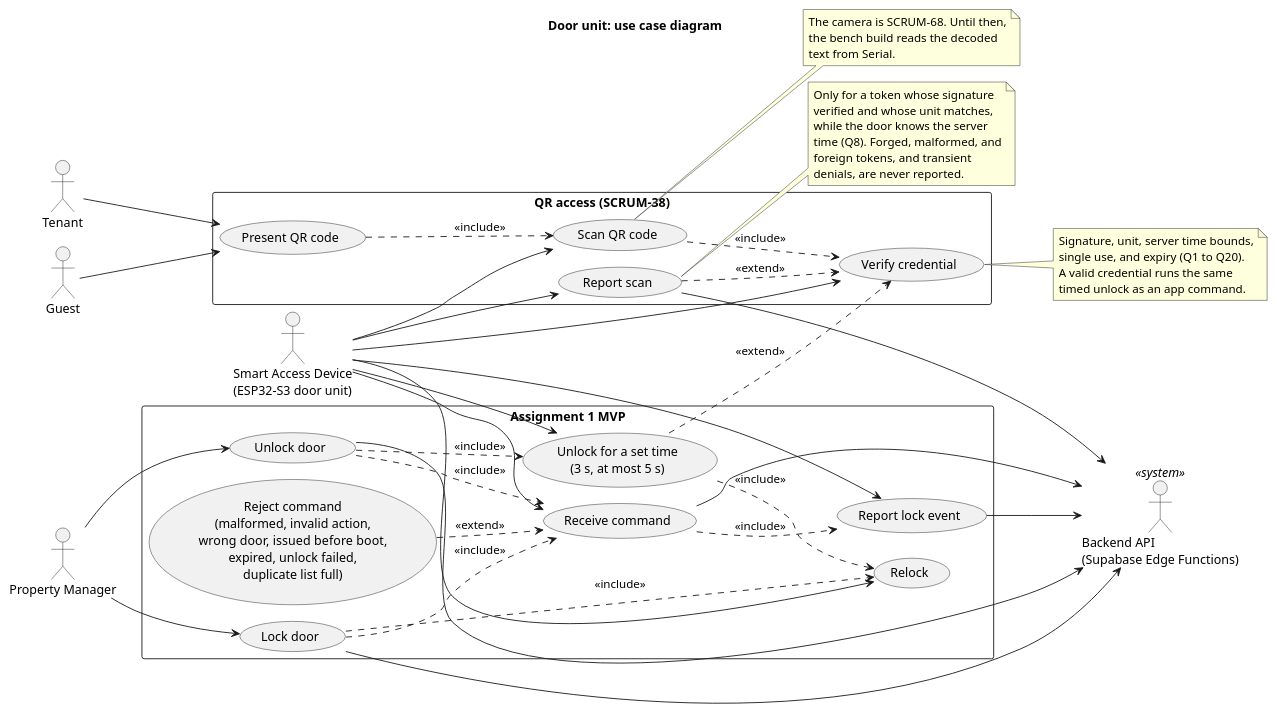
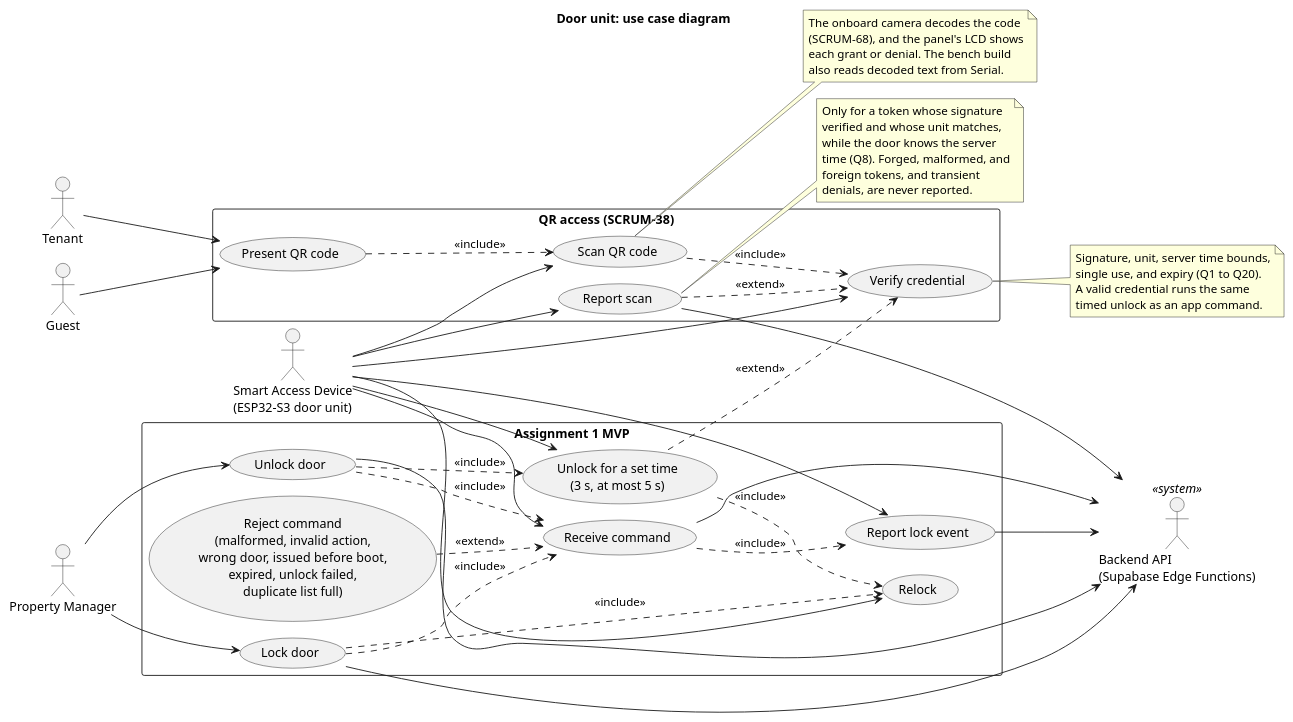
Before and after one commit to ostium-org/ostium: the diagram in docs/firmware/diagrams/use-case-diagram.puml, drawn with PlantUML. The commit also changed 23 other files, not shown here.

First line of the commit message:
SCRUM-68: Feed camera decodes to the signed QR check

```diff
--- a/docs/firmware/diagrams/use-case-diagram.puml
+++ b/docs/firmware/diagrams/use-case-diagram.puml
@@ -1,90 +1,91 @@
 @startuml firmware-use-case-diagram
 !pragma layout smetana
 ' Door unit use cases (SCRUM-55). The MVP boundary is what Assignment 1
 ' demonstrates; the QR access boundary is what SCRUM-38 added.
 ' To render: java -jar plantuml.jar -tsvg docs/firmware/diagrams/use-case-diagram.puml
 ' Run it again with -tpng for the report image. PlantUML uses only the last -t flag.
 
 title Door unit: use case diagram
 
 left to right direction
 skinparam packageStyle rectangle
 skinparam shadowing false
 
 actor "Property Manager" as Manager
 actor "Tenant" as Tenant
 actor "Guest" as Guest
 actor "Smart Access Device\n(ESP32-S3 door unit)" as Device
 actor "Backend API\n(Supabase Edge Functions)" as Backend <<system>>
 
 rectangle "Assignment 1 MVP" {
   usecase "Lock door" as Lock
   usecase "Unlock door" as Unlock
   usecase "Receive command" as Receive
   usecase "Unlock for a set time\n(3 s, at most 5 s)" as Timed
   usecase "Relock" as Relock
   usecase "Report lock event" as Report
   usecase "Reject command\n(malformed, invalid action,\nwrong door, issued before boot,\nexpired, unlock failed,\nduplicate list full)" as Reject
 }
 
 rectangle "QR access (SCRUM-38)" {
   usecase "Present QR code" as Present
   usecase "Scan QR code" as Scan
   usecase "Verify credential" as Verify
   usecase "Report scan" as ReportScan
 }
 
 Manager --> Lock
 Manager --> Unlock
 Lock --> Backend
 Unlock --> Backend
 
 Device --> Receive
 Device --> Timed
 Device --> Relock
 Device --> Report
 Receive --> Backend
 Report --> Backend
 
 Unlock ..> Receive : <<include>>
 Lock ..> Receive : <<include>>
 Unlock ..> Timed : <<include>>
 Lock ..> Relock : <<include>>
 Timed ..> Relock : <<include>>
 Receive ..> Report : <<include>>
 Reject ..> Receive : <<extend>>
 
 Tenant --> Present
 Guest --> Present
 Device --> Scan
 Device --> Verify
 Device --> ReportScan
 ReportScan --> Backend
 Present ..> Scan : <<include>>
 Scan ..> Verify : <<include>>
 ReportScan ..> Verify : <<extend>>
 Timed ..> Verify : <<extend>>
 
 note right of Scan
-  The camera is SCRUM-68. Until then,
-  the bench build reads the decoded
-  text from Serial.
+  The onboard camera decodes the code
+  (SCRUM-68), and the panel's LCD shows
+  each grant or denial. The bench build
+  also reads decoded text from Serial.
 end note
 
 note right of Verify
   Signature, unit, server time bounds,
   single use, and expiry (Q1 to Q20).
   A valid credential runs the same
   timed unlock as an app command.
 end note
 
 note right of ReportScan
   Only for a token whose signature
   verified and whose unit matches,
   while the door knows the server
   time (Q8). Forged, malformed, and
   foreign tokens, and transient
   denials, are never reported.
 end note
 
 @enduml
```
